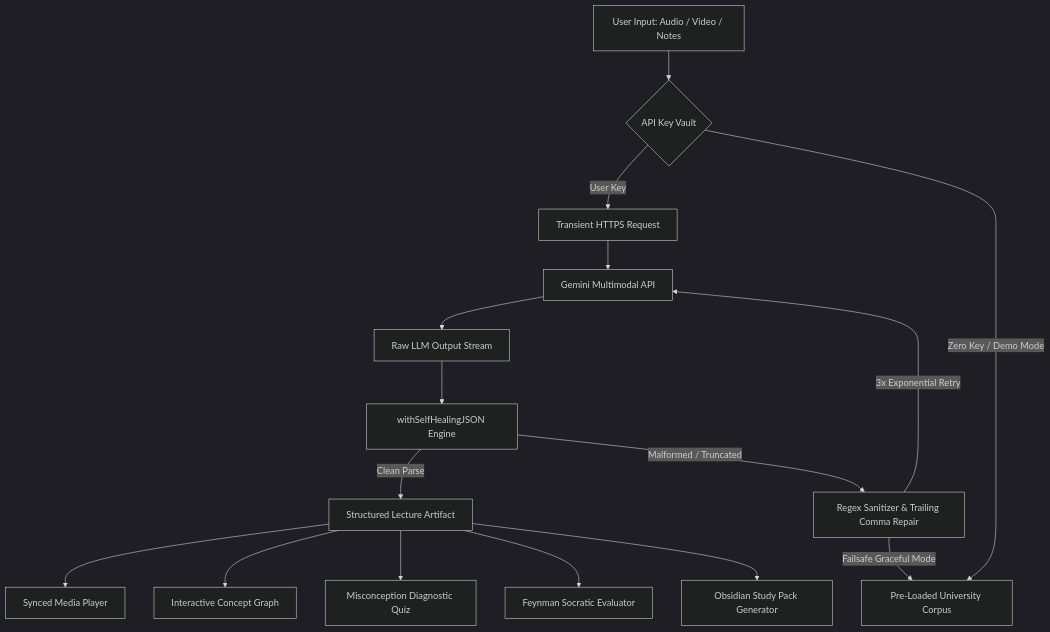
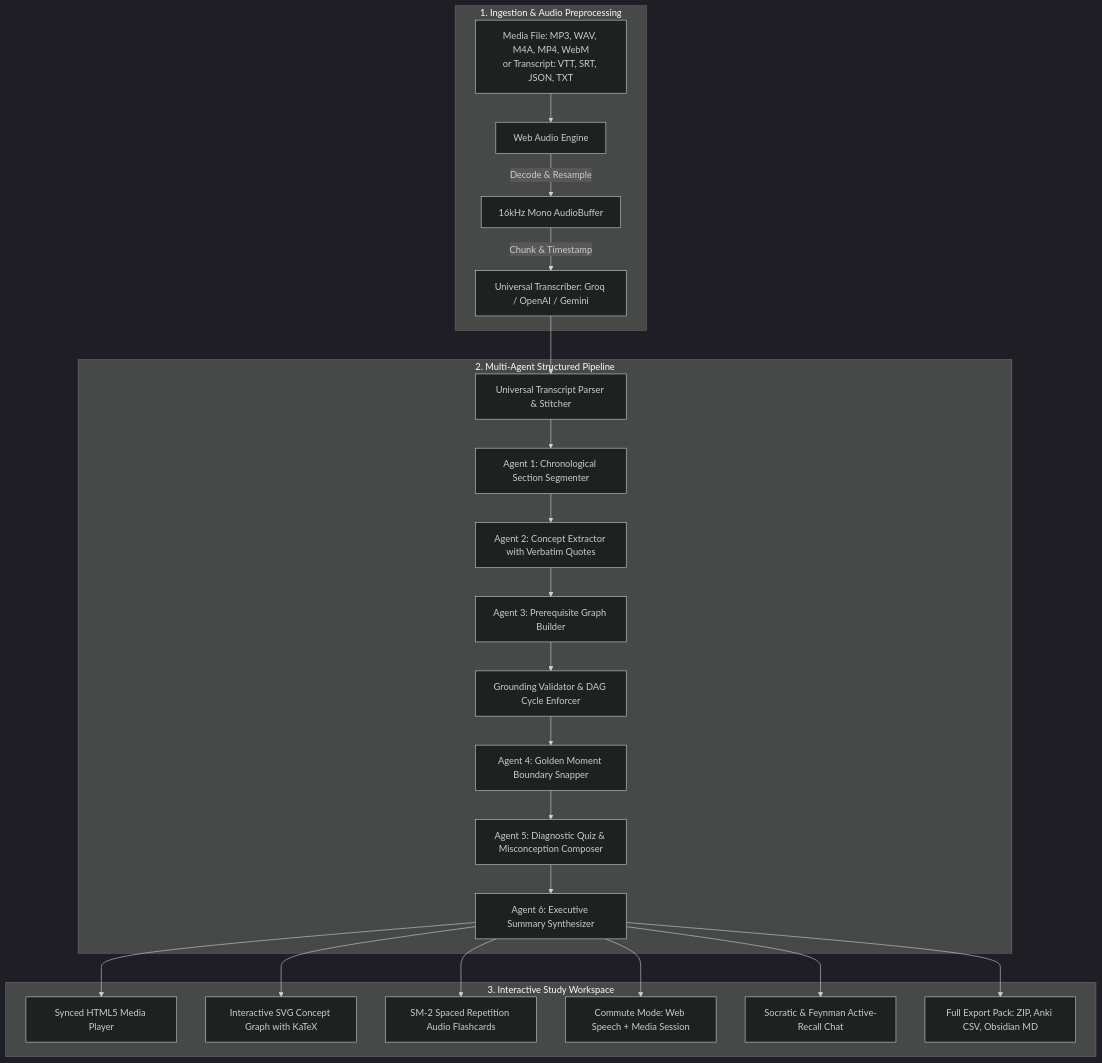
The diagram in README.md (patro15064-png/Lecture-Summariser), drawn with Mermaid (dark theme) before and after one commit. The commit also changed other lines of this file and 32 other files, not shown here.

Commit message:
feat: complete production multimodal generator, interactive studio, and scroll optimizations

````diff
--- a/README.md
+++ b/README.md
@@ -43,18 +29,28 @@
 ```mermaid
 flowchart TD
-    A[User Input: Audio / Video / Notes] --> B{API Key Vault}
-    B -->|User Key| C[Transient HTTPS Request]
-    B -->|Zero Key / Demo Mode| D[Pre-Loaded University Corpus]
-    C --> E[Gemini Multimodal API]
-    E --> F[Raw LLM Output Stream]
-    F --> G[withSelfHealingJSON Engine]
-    G -->|Clean Parse| H[Structured Lecture Artifact]
-    G -->|Malformed / Truncated| I[Regex Sanitizer & Trailing Comma Repair]
-    I -->|3x Exponential Retry| E
-    I -->|Failsafe Graceful Mode| D
-    H --> J[Synced Media Player]
-    H --> K[Interactive Concept Graph]
-    H --> L[Misconception Diagnostic Quiz]
-    H --> M[Feynman Socratic Evaluator]
-    H --> N[Obsidian Study Pack Generator]
+    subgraph Ingestion["1. Ingestion & Audio Preprocessing"]
+        A[Media File: MP3, WAV, M4A, MP4, WebM\nor Transcript: VTT, SRT, JSON, TXT] --> B[Web Audio Engine]
+        B -->|Decode & Resample| C[16kHz Mono AudioBuffer]
+        C -->|Chunk & Timestamp| D[Universal Transcriber: Groq / OpenAI / Gemini]
+    end
+
+    subgraph Pipeline["2. Multi-Agent Structured Pipeline"]
+        D --> E[Universal Transcript Parser & Stitcher]
+        E --> F[Agent 1: Chronological Section Segmenter]
+        F --> G[Agent 2: Concept Extractor with Verbatim Quotes]
+        G --> H[Agent 3: Prerequisite Graph Builder]
+        H --> I[Grounding Validator & DAG Cycle Enforcer]
+        I --> J[Agent 4: Golden Moment Boundary Snapper]
+        J --> K[Agent 5: Diagnostic Quiz & Misconception Composer]
+        K --> L[Agent 6: Executive Summary Synthesizer]
+    end
+
+    subgraph Workspace["3. Interactive Study Workspace"]
+        L --> M[Synced HTML5 Media Player]
+        L --> N[Interactive SVG Concept Graph with KaTeX]
+        L --> O[SM-2 Spaced Repetition Audio Flashcards]
+        L --> P[Commute Mode: Web Speech + Media Session]
+        L --> Q[Socratic & Feynman Active-Recall Chat]
+        L --> R[Full Export Pack: ZIP, Anki CSV, Obsidian MD]
+    end
 ```
````
